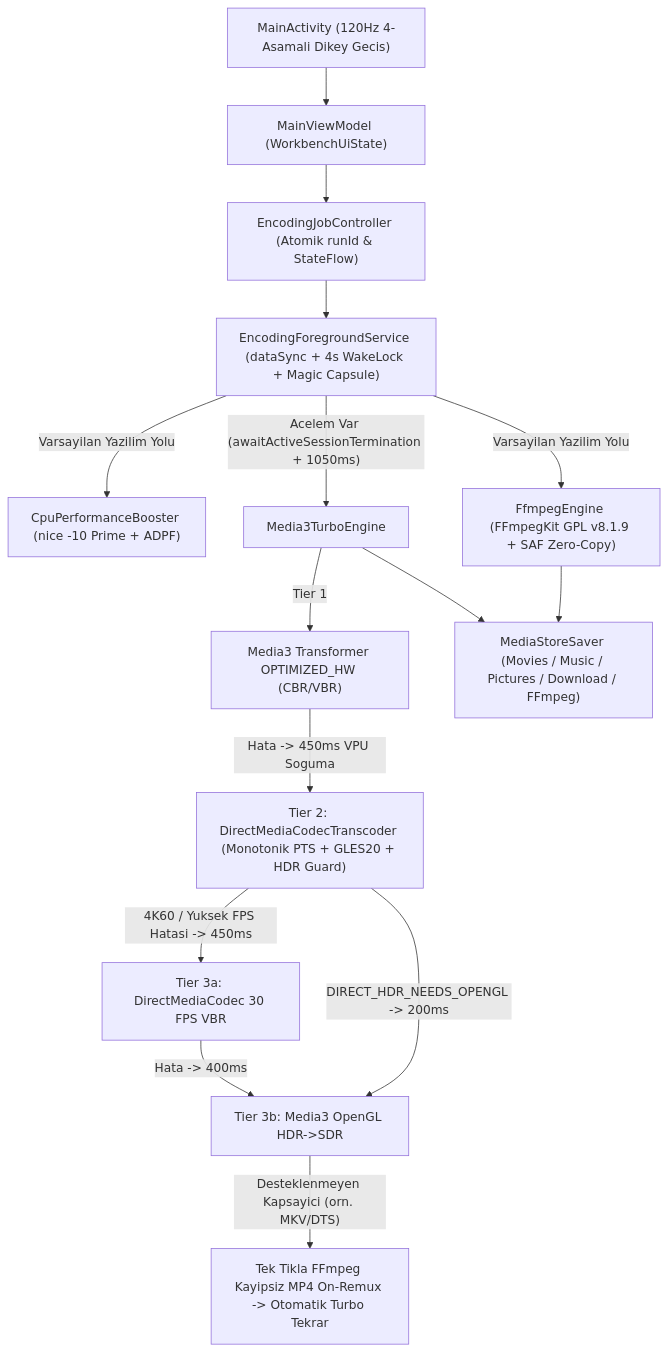
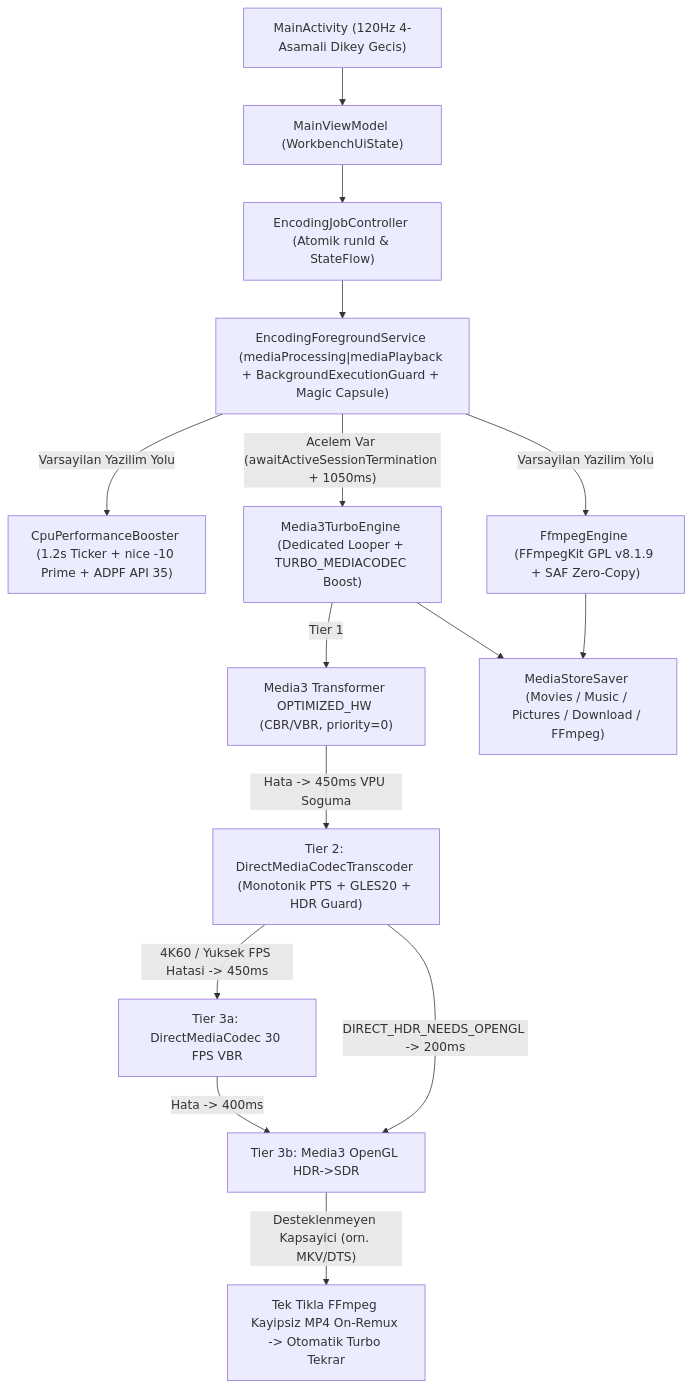
The diagram in AGENTS.md (Cres246/FFmpeg-compressor-editor), drawn with Mermaid before and after one commit. The commit also changed other lines of this file and 7 other files, not shown here.

Commit message:
feat(background): prevent OEM background freeze & sustain full-throttle CPU/VPU encoding

````diff
--- a/AGENTS.md
+++ b/AGENTS.md
@@ -43,20 +43,20 @@
 ```mermaid
 flowchart TD
     UI["MainActivity (120Hz 4-Asamali Dikey Gecis)"] --> VM["MainViewModel (WorkbenchUiState)"]
     VM --> CTRL["EncodingJobController (Atomik runId & StateFlow)"]
-    CTRL --> SVC["EncodingForegroundService (dataSync + 4s WakeLock + Magic Capsule)"]
+    CTRL --> SVC["EncodingForegroundService (mediaProcessing|mediaPlayback + BackgroundExecutionGuard + Magic Capsule)"]
 
-    SVC -->|Varsayilan Yazilim Yolu| BOOST["CpuPerformanceBooster (nice -10 Prime + ADPF)"]
+    SVC -->|Varsayilan Yazilim Yolu| BOOST["CpuPerformanceBooster (1.2s Ticker + nice -10 Prime + ADPF API 35)"]
     SVC -->|Varsayilan Yazilim Yolu| FF["FfmpegEngine (FFmpegKit GPL v8.1.9 + SAF Zero-Copy)"]
 
-    SVC -->|"Acelem Var (awaitActiveSessionTermination + 1050ms)"| TURBO["Media3TurboEngine"]
-    TURBO -->|"Tier 1"| T1["Media3 Transformer OPTIMIZED_HW (CBR/VBR)"]
+    SVC -->|"Acelem Var (awaitActiveSessionTermination + 1050ms)"| TURBO["Media3TurboEngine (Dedicated Looper + TURBO_MEDIACODEC Boost)"]
+    TURBO -->|"Tier 1"| T1["Media3 Transformer OPTIMIZED_HW (CBR/VBR, priority=0)"]
     T1 -->|"Hata -> 450ms VPU Soguma"| T2["Tier 2: DirectMediaCodecTranscoder (Monotonik PTS + GLES20 + HDR Guard)"]
     T2 -->|"4K60 / Yuksek FPS Hatasi -> 450ms"| T3A["Tier 3a: DirectMediaCodec 30 FPS VBR"]
     T2 -->|"DIRECT_HDR_NEEDS_OPENGL -> 200ms"| T3B["Tier 3b: Media3 OpenGL HDR->SDR"]
     T3A -->|"Hata -> 400ms"| T3B
 
     T3B -->|"Desteklenmeyen Kapsayici (orn. MKV/DTS)"| REMUX["Tek Tikla FFmpeg Kayipsiz MP4 On-Remux -> Otomatik Turbo Tekrar"]
     FF --> SAVE["MediaStoreSaver (Movies / Music / Pictures / Download / FFmpeg)"]
     TURBO --> SAVE
 ```
````
